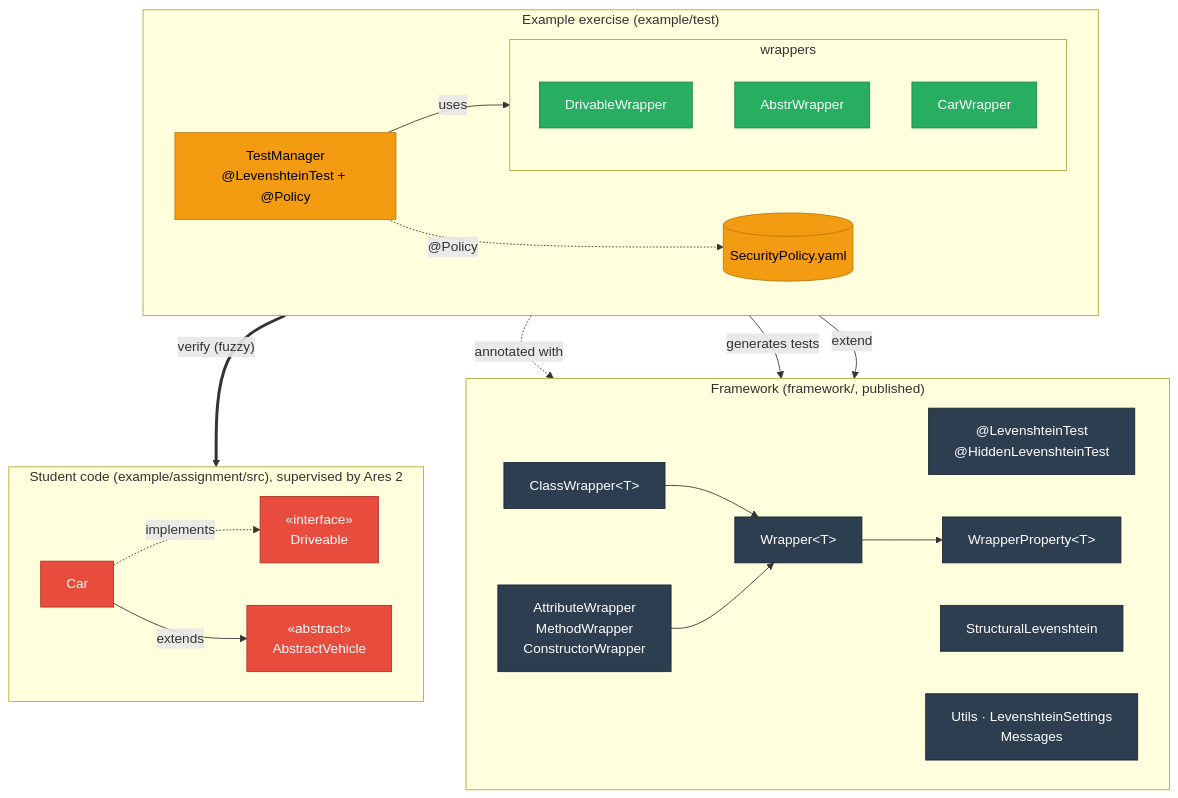
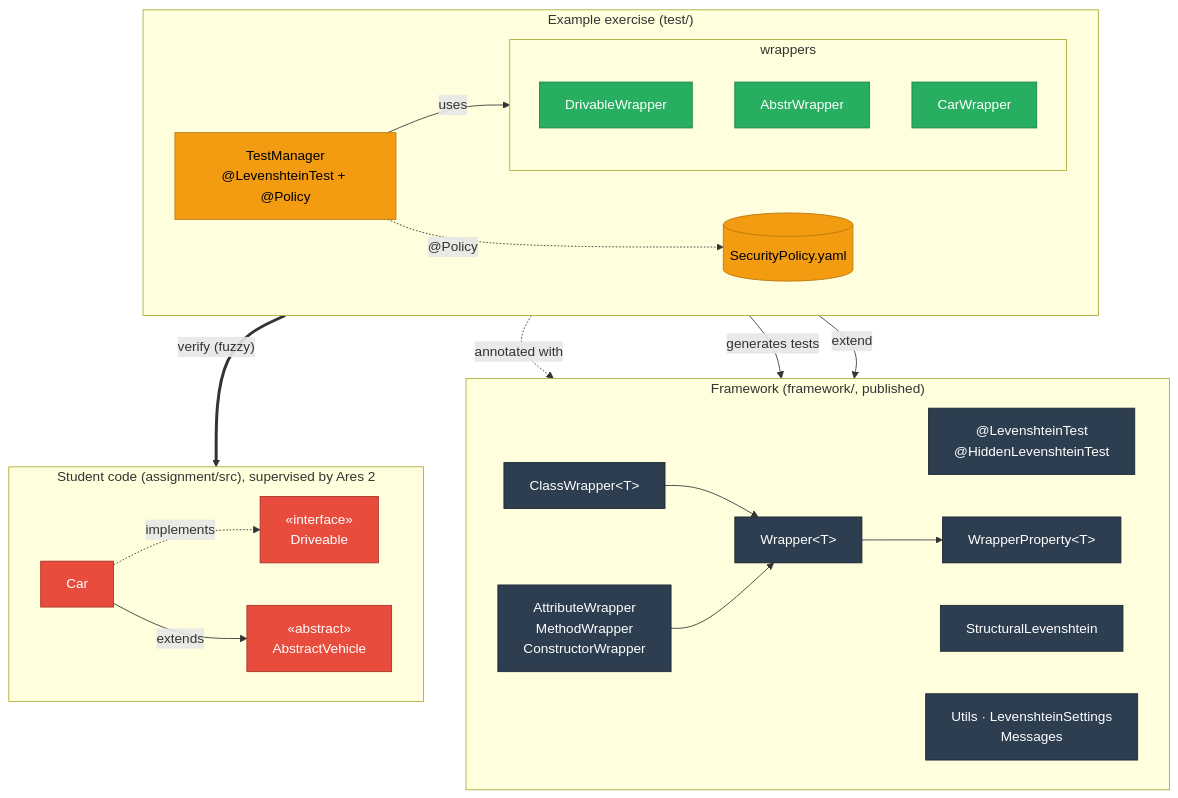
Before and after one commit to ValentinHerrmann/Levenshtein-Testing-Framework: the first of 4 diagrams in docs/architecture.md, drawn with Mermaid. The commit also changed other lines of this file and 45 other files, not shown here.

````diff
--- a/docs/architecture.md
+++ b/docs/architecture.md
@@ -5,53 +5,53 @@
 ```mermaid
 flowchart TB
-    subgraph EX["Example exercise (example/test)"]
+    subgraph EX["Example exercise (test/)"]
         direction LR
         TM["TestManager<br/>@LevenshteinTest + @Policy"]
         POL[("SecurityPolicy.yaml")]
         subgraph WR["wrappers"]
             direction TB
             DW[DrivableWrapper]
             AW[AbstrWrapper]
             CRW[CarWrapper]
         end
         TM -- uses --> WR
         TM -. "@Policy" .-> POL
     end
 
     subgraph FW["Framework (framework/, published)"]
         direction LR
         LT["@LevenshteinTest<br/>@HiddenLevenshteinTest"]
         SL[StructuralLevenshtein]
         CW["ClassWrapper&lt;T&gt;"]
         MW["AttributeWrapper<br/>MethodWrapper<br/>ConstructorWrapper"]
         W["Wrapper&lt;T&gt;"]
         WP["WrapperProperty&lt;T&gt;"]
         U["Utils · LevenshteinSettings<br/>Messages"]
         CW --> W
         MW --> W
         W --> WP
     end
 
-    subgraph ST["Student code (example/assignment/src), supervised by Ares 2"]
+    subgraph ST["Student code (assignment/src), supervised by Ares 2"]
         direction LR
         D["«interface»<br/>Driveable"]
         AV["«abstract»<br/>AbstractVehicle"]
         C[Car]
         C -- extends --> AV
         C -. implements .-> D
     end
 
     TM -. annotated with .-> LT
     TM -- generates tests --> SL
     WR -- extend --> CW
     WR == "verify (fuzzy)" ==> ST
 
     classDef fw fill:#2C3E50,stroke:#1a252f,color:#ffffff
     classDef ex fill:#27AE60,stroke:#1e8449,color:#ffffff
     classDef tests fill:#F39C12,stroke:#b9770e,color:#000000
     classDef student fill:#E74C3C,stroke:#a93226,color:#ffffff
     class LT,SL,W,CW,MW,WP,U fw
     class DW,AW,CRW ex
     class TM,POL tests
     class D,AV,C student
 ```
````
